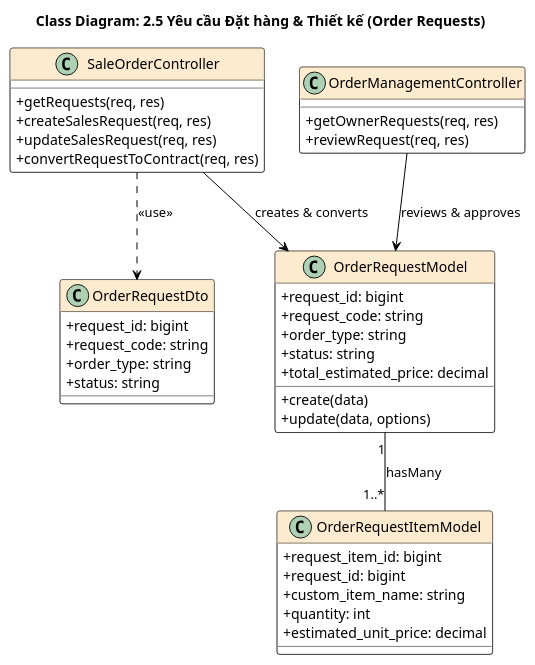
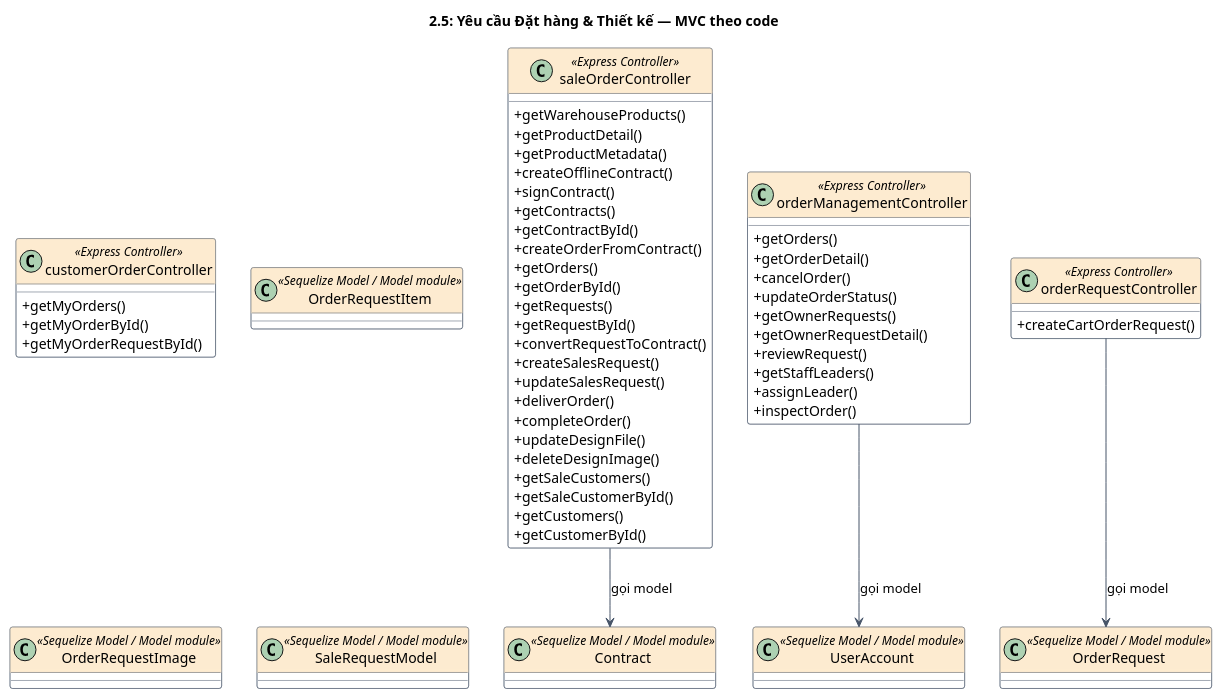
The fifth of 14 diagrams in docs/classdiagrams.md (chuoois/FS-SIMS), drawn with PlantUML before and after one commit. The commit also changed other lines of this file and 8 other files, not shown here.

````diff
--- a/docs/classdiagrams.md
+++ b/docs/classdiagrams.md
@@ -254,54 +174,76 @@
 ```plantuml
 @startuml
 skinparam classAttributeIconSize 0
 skinparam class {
-    BackgroundColor White
-    BorderColor Black
-    ArrowColor Black
-    HeaderBackgroundColor #FDEBD0
+  BackgroundColor White
+  BorderColor #475569
+  ArrowColor #475569
+  HeaderBackgroundColor #FDEBD0
 }
-title Class Diagram: 2.5 Yêu cầu Đặt hàng & Thiết kế (Order Requests)
+title 2.5: Yêu cầu Đặt hàng & Thiết kế — MVC theo code
 
-class SaleOrderController {
-  +getRequests(req, res)
-  +createSalesRequest(req, res)
-  +updateSalesRequest(req, res)
-  +convertRequestToContract(req, res)
+class saleOrderController <<Express Controller>> {
+  +getWarehouseProducts()
+  +getProductDetail()
+  +getProductMetadata()
+  +createOfflineContract()
+  +signContract()
+  +getContracts()
+  +getContractById()
+  +createOrderFromContract()
+  +getOrders()
+  +getOrderById()
+  +getRequests()
+  +getRequestById()
+  +convertRequestToContract()
+  +createSalesRequest()
+  +updateSalesRequest()
+  +deliverOrder()
+  +completeOrder()
+  +updateDesignFile()
+  +deleteDesignImage()
+  +getSaleCustomers()
+  +getSaleCustomerById()
+  +getCustomers()
+  +getCustomerById()
 }
 
-class OrderManagementController {
-  +getOwnerRequests(req, res)
-  +reviewRequest(req, res)
+class orderManagementController <<Express Controller>> {
+  +getOrders()
+  +getOrderDetail()
+  +cancelOrder()
+  +updateOrderStatus()
+  +getOwnerRequests()
+  +getOwnerRequestDetail()
+  +reviewRequest()
+  +getStaffLeaders()
+  +assignLeader()
+  +inspectOrder()
 }
 
-class OrderRequestModel {
-  +request_id: bigint
-  +request_code: string
-  +order_type: string
-  +status: string
-  +total_estimated_price: decimal
-  +create(data)
-  +update(data, options)
+class orderRequestController <<Express Controller>> {
+  +createCartOrderRequest()
 }
 
-class OrderRequestItemModel {
-  +request_item_id: bigint
-  +request_id: bigint
-  +custom_item_name: string
-  +quantity: int
-  +estimated_unit_price: decimal
+class customerOrderController <<Express Controller>> {
+  +getMyOrders()
+  +getMyOrderById()
+  +getMyOrderRequestById()
 }
 
-class OrderRequestDto {
-  +request_id: bigint
-  +request_code: string
-  +order_type: string
-  +status: string
-}
+class OrderRequest <<Sequelize Model / Model module>>
 
-SaleOrderController --> OrderRequestModel : creates & converts
-OrderManagementController --> OrderRequestModel : reviews & approves
-OrderRequestModel "1" -- "1..*" OrderRequestItemModel : hasMany
-SaleOrderController ..> OrderRequestDto : <<use>>
+class OrderRequestItem <<Sequelize Model / Model module>>
+
+class OrderRequestImage <<Sequelize Model / Model module>>
+
+class SaleRequestModel <<Sequelize Model / Model module>>
+
+class Contract <<Sequelize Model / Model module>>
+
+class UserAccount <<Sequelize Model / Model module>>
+saleOrderController --> Contract : gọi model
+orderManagementController --> UserAccount : gọi model
+orderRequestController --> OrderRequest : gọi model
 @enduml
 ```
````
